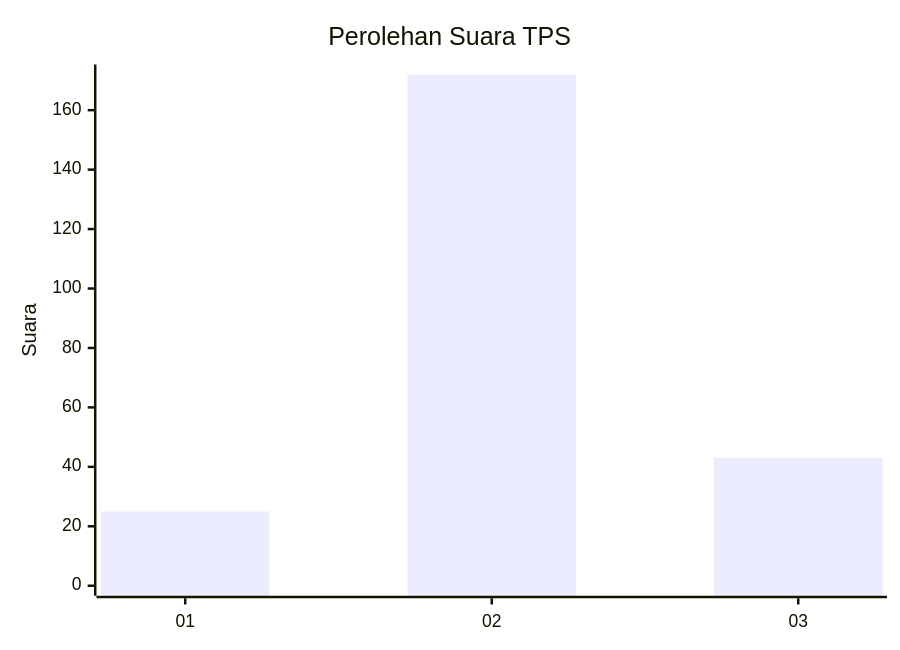
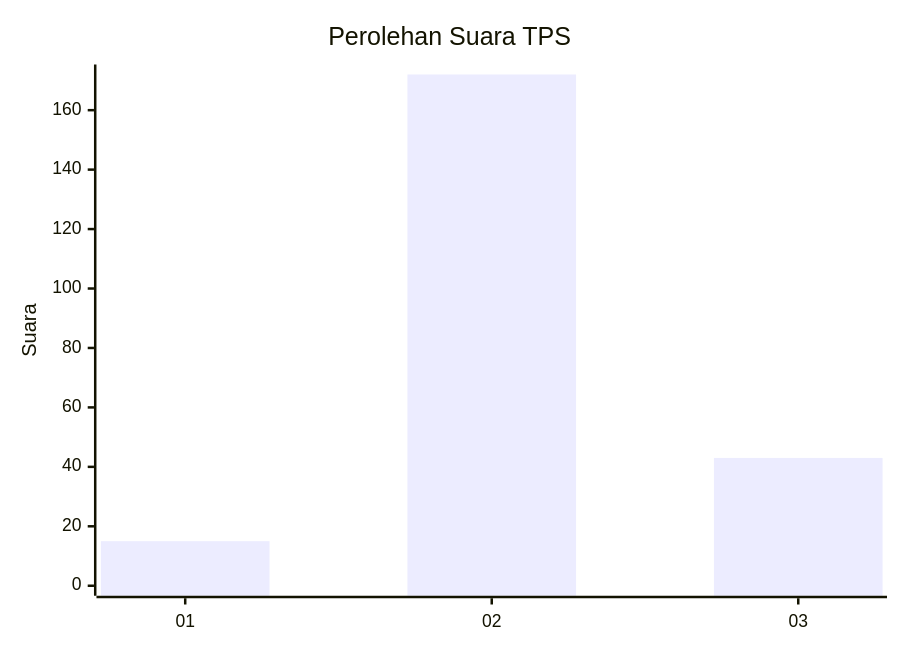
One commit to gigit-pemilu/pemilu-2024-52-nusa-tenggara-barat changed the first of 2 diagrams in pilpres/hitung-suara/sub/52-nusa-tenggara-barat/sub/01-lombok-barat/sub/15-kuripan/sub/2002-jagaraga/sub/028-tps/README.md. Above: the diagram before and after it, drawn with Mermaid. The commit also changed other lines of this file and 143 other files, not shown here.

````diff
--- a/pilpres/hitung-suara/sub/52-nusa-tenggara-barat/sub/01-lombok-barat/sub/15-kuripan/sub/2002-jagaraga/sub/028-tps/README.md
+++ b/pilpres/hitung-suara/sub/52-nusa-tenggara-barat/sub/01-lombok-barat/sub/15-kuripan/sub/2002-jagaraga/sub/028-tps/README.md
@@ -5,7 +5,7 @@
 ```mermaid
 xychart-beta
     title "Perolehan Suara TPS"
     x-axis [01, 02, 03]
     y-axis "Suara" 0 --> 172
-    bar [25, 172, 43]
+    bar [15, 172, 43]
 ```
````
